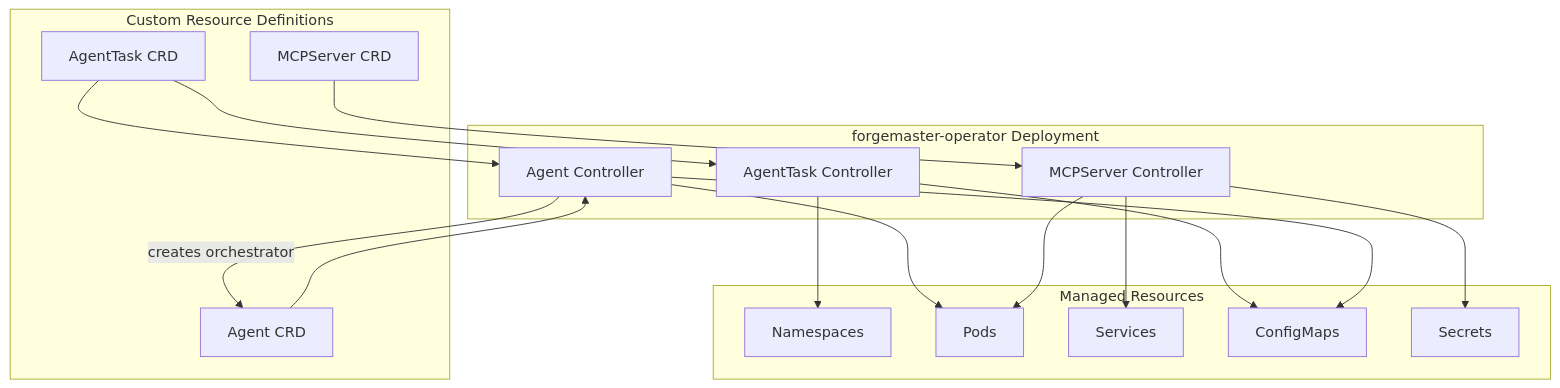
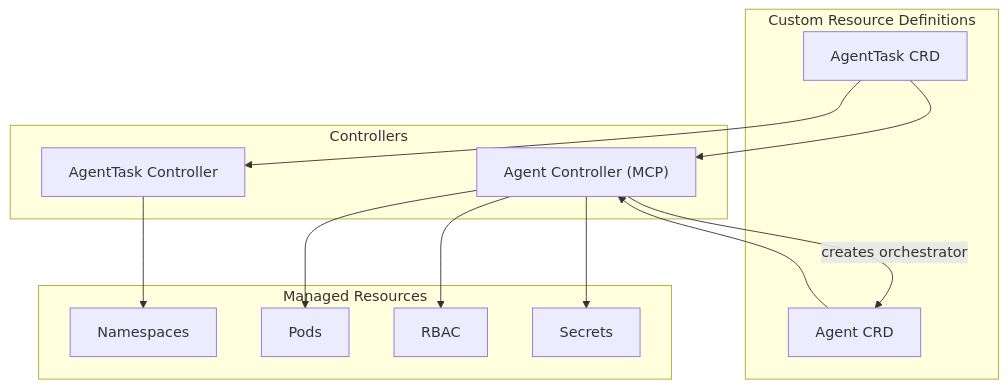
One commit to dshcherbatiuk/forgemaster changed the first of 3 diagrams in docs/arch/05-k8s-deployment.md. Above: the diagram before and after it, drawn with Mermaid. The commit also changed other lines of this file and 1 other file, not shown here.

First line of the commit message:
fix: Update arch docs to match current architecture

````diff
--- a/docs/arch/05-k8s-deployment.md
+++ b/docs/arch/05-k8s-deployment.md
@@ -5,32 +5,27 @@
 ```mermaid
 flowchart TB
     subgraph CRDs["Custom Resource Definitions"]
         AT[AgentTask CRD]
         AG[Agent CRD]
-        MCP[MCPServer CRD]
     end
 
-    subgraph Operator["forgemaster-operator Deployment"]
+    subgraph Controllers["Controllers"]
         ATC[AgentTask Controller]
-        AGC[Agent Controller]
-        MCPC[MCPServer Controller]
+        AGC["Agent Controller (MCP)"]
     end
 
     subgraph Resources["Managed Resources"]
         NS[Namespaces]
         Pods[Pods]
-        SVC[Services]
-        CM[ConfigMaps]
+        RBAC[RBAC]
         SEC[Secrets]
     end
 
     AT --> ATC
     AT --> AGC
     AG --> AGC
-    MCP --> MCPC
 
-    ATC --> NS & CM
+    ATC --> NS
     AGC -->|creates orchestrator| AG
-    AGC --> Pods & CM
-    MCPC --> Pods & SVC & SEC
+    AGC --> Pods & RBAC & SEC
 ```
````
